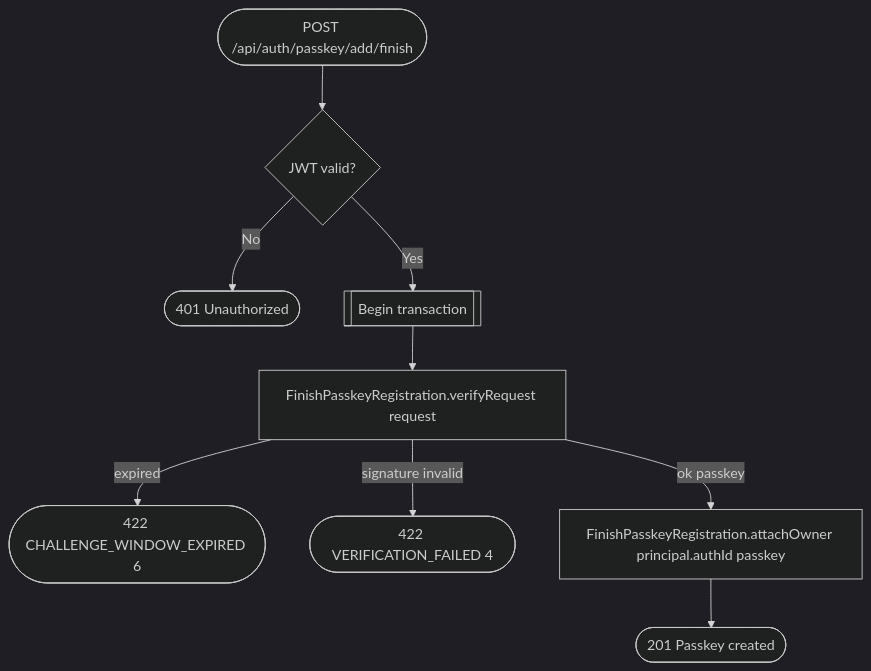
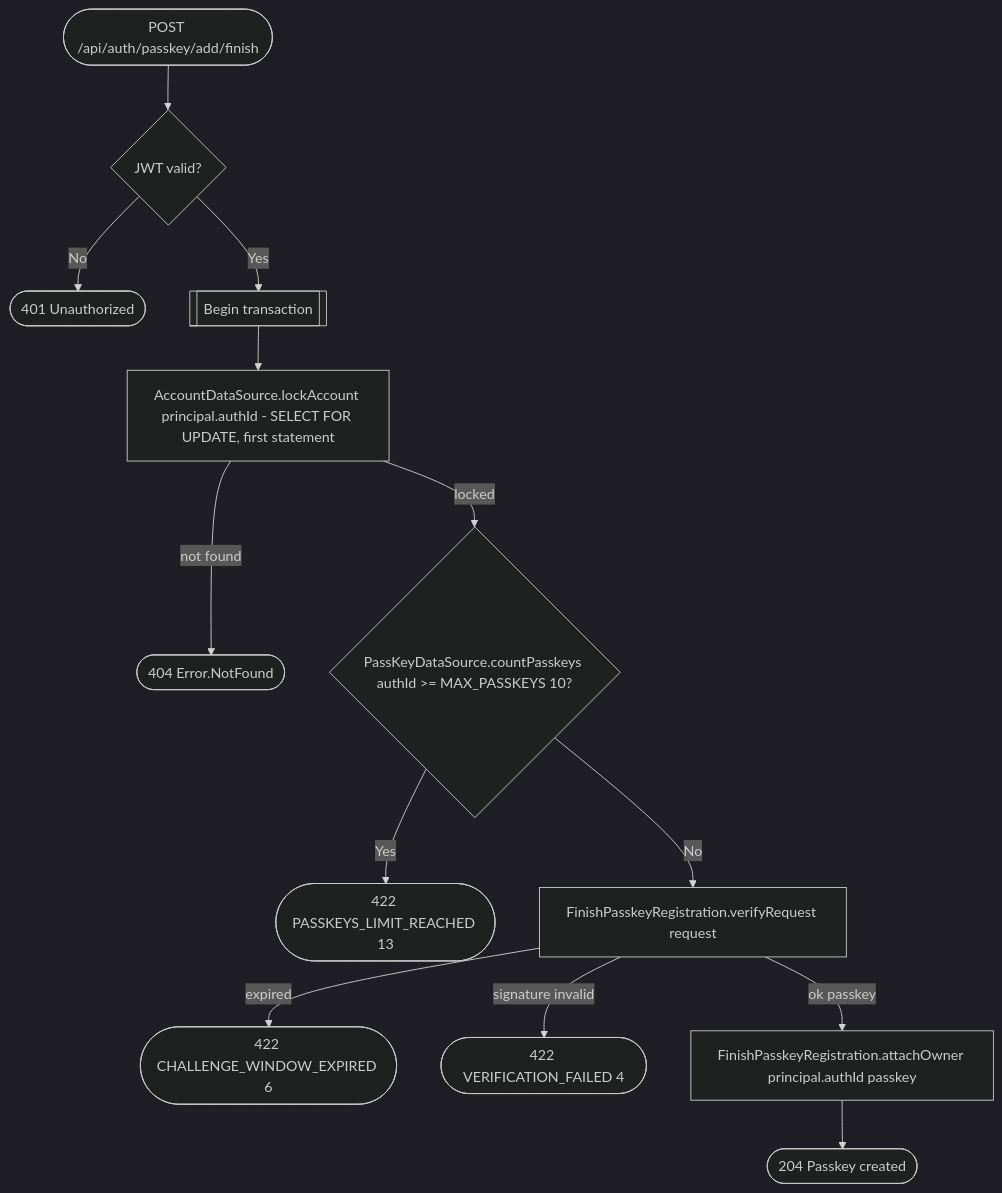
Before and after one commit to nocturneproperties/bookkme: the diagram in docs/operations/authorization/add-passkey.md, drawn with Mermaid (dark theme). The commit also changed other lines of this file and 14 other files, not shown here.

Commit message:
[ISSUE-175] limit checks for passkeys

````diff
--- a/docs/operations/authorization/add-passkey.md
+++ b/docs/operations/authorization/add-passkey.md
@@ -9,11 +14,15 @@
 ```mermaid
 flowchart TD
     Start([POST /api/auth/passkey/add/finish]) --> Auth{JWT valid?}
     Auth -- No --> R401([401 Unauthorized])
     Auth -- Yes --> Tx[[Begin transaction]]
-    Tx --> Verify[FinishPasskeyRegistration.verifyRequest request]
+    Tx --> Lock[AccountDataSource.lockAccount principal.authId - SELECT FOR UPDATE, first statement]
+    Lock -- not found --> R404([404 Error.NotFound])
+    Lock -- locked --> Count{PassKeyDataSource.countPasskeys authId >= MAX_PASSKEYS 10?}
+    Count -- Yes --> R422l([422 PASSKEYS_LIMIT_REACHED 13])
+    Count -- No --> Verify[FinishPasskeyRegistration.verifyRequest request]
     Verify -- expired --> R422a([422 CHALLENGE_WINDOW_EXPIRED 6])
     Verify -- signature invalid --> R422b([422 VERIFICATION_FAILED 4])
     Verify -- ok passkey --> Attach[FinishPasskeyRegistration.attachOwner principal.authId passkey]
-    Attach --> R201([201 Passkey created])
+    Attach --> R204([204 Passkey created])
 ```
````
